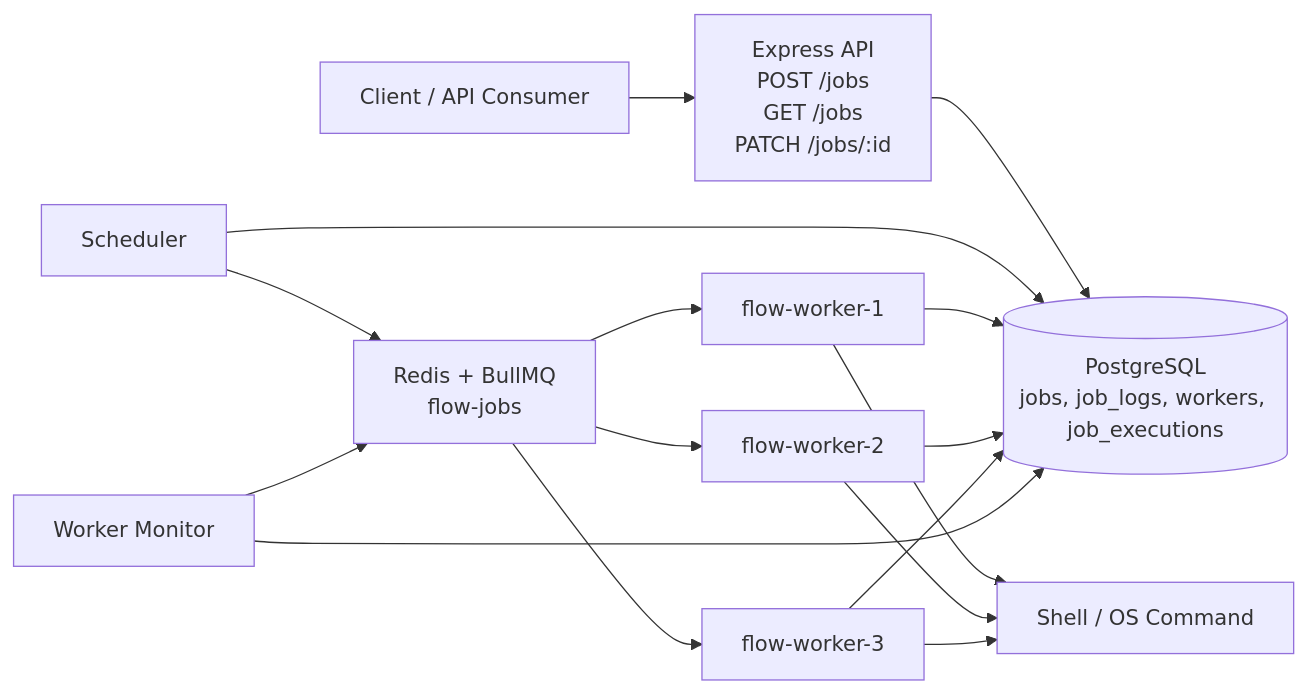
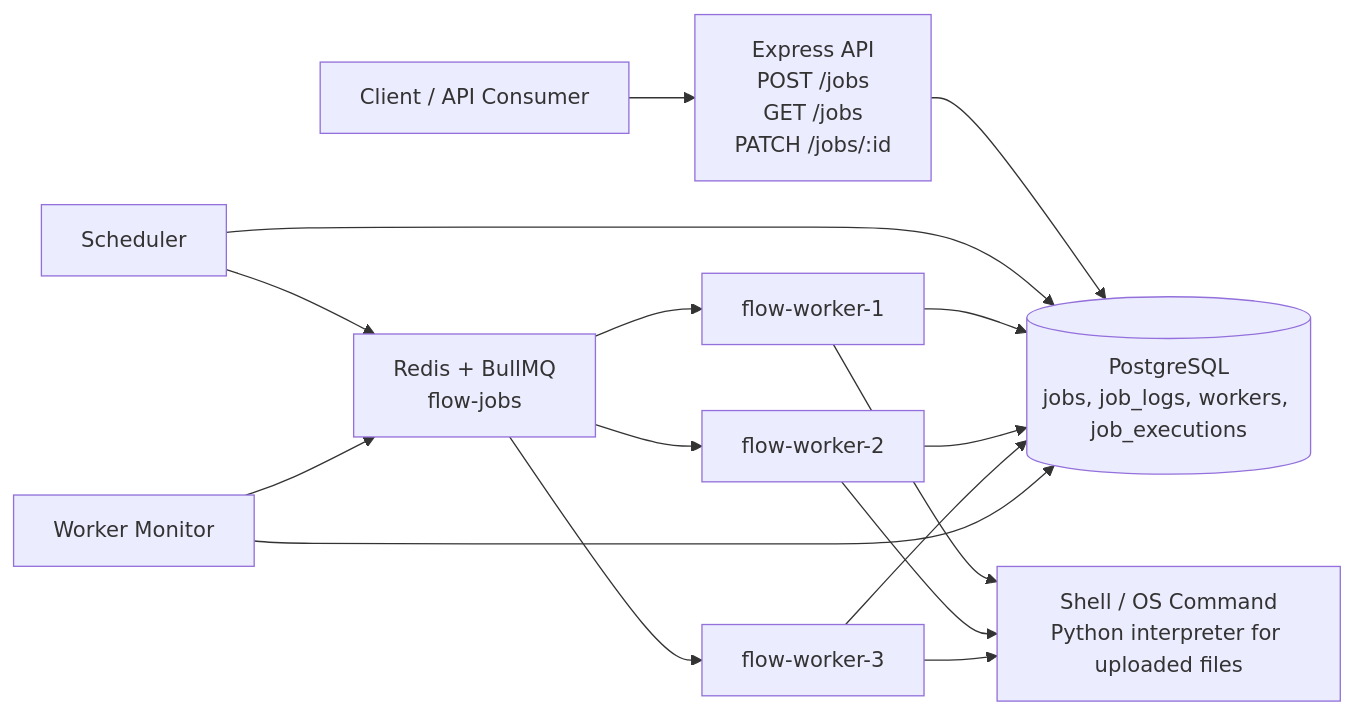
Before and after one commit to kanupriya-sharma19/FLOW: the first of 6 diagrams in README.md, drawn with Mermaid. The commit also changed other lines of this file and 8 other files, not shown here.

````diff
--- a/README.md
+++ b/README.md
@@ -41,18 +43,18 @@
 ```mermaid
 flowchart LR
     Client[Client / API Consumer] --> API[Express API\nPOST /jobs\nGET /jobs\nPATCH /jobs/:id]
     API --> PG[(PostgreSQL\njobs, job_logs, workers, job_executions)]
     Scheduler --> PG
     Scheduler --> Queue[Redis + BullMQ\nflow-jobs]
     Queue --> Worker1[flow-worker-1]
     Queue --> Worker2[flow-worker-2]
     Queue --> Worker3[flow-worker-3]
-    Worker1 --> OS[Shell / OS Command]
+    Worker1 --> OS[Shell / OS Command\nPython interpreter for uploaded files]
     Worker2 --> OS
     Worker3 --> OS
     Worker1 --> PG
     Worker2 --> PG
     Worker3 --> PG
     Monitor[Worker Monitor] --> PG
     Monitor --> Queue
 ```
````
